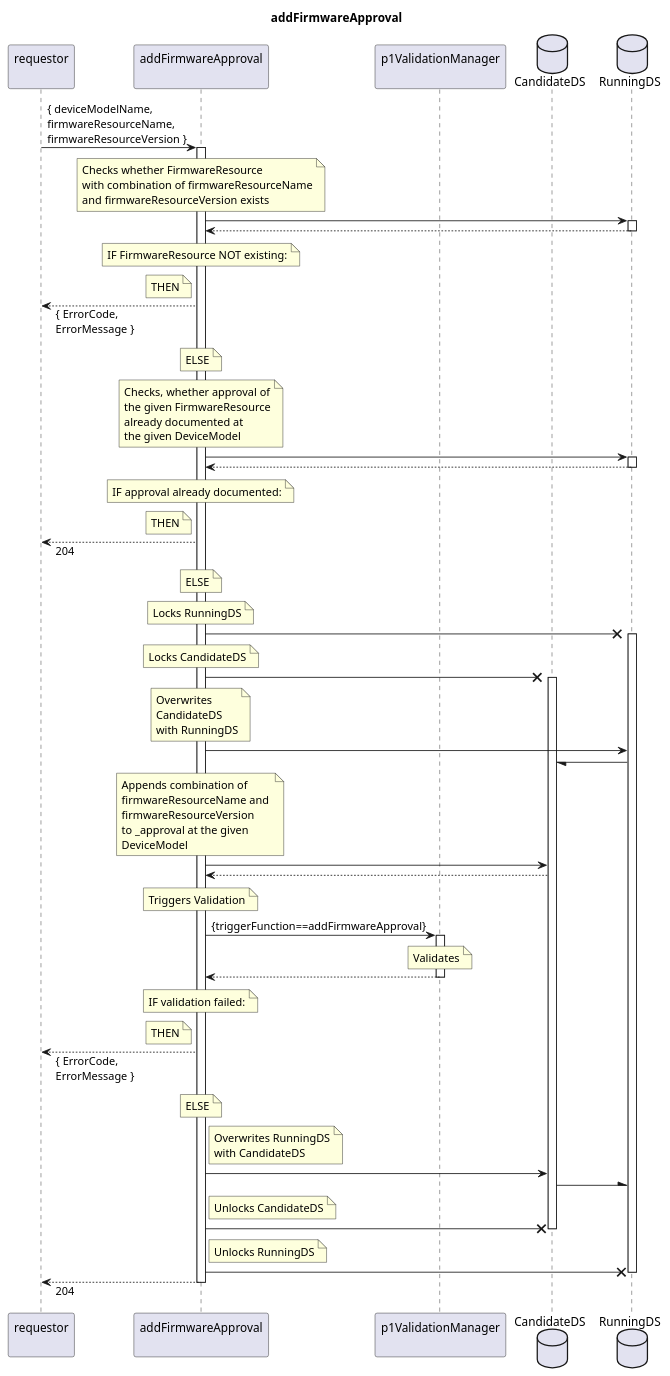
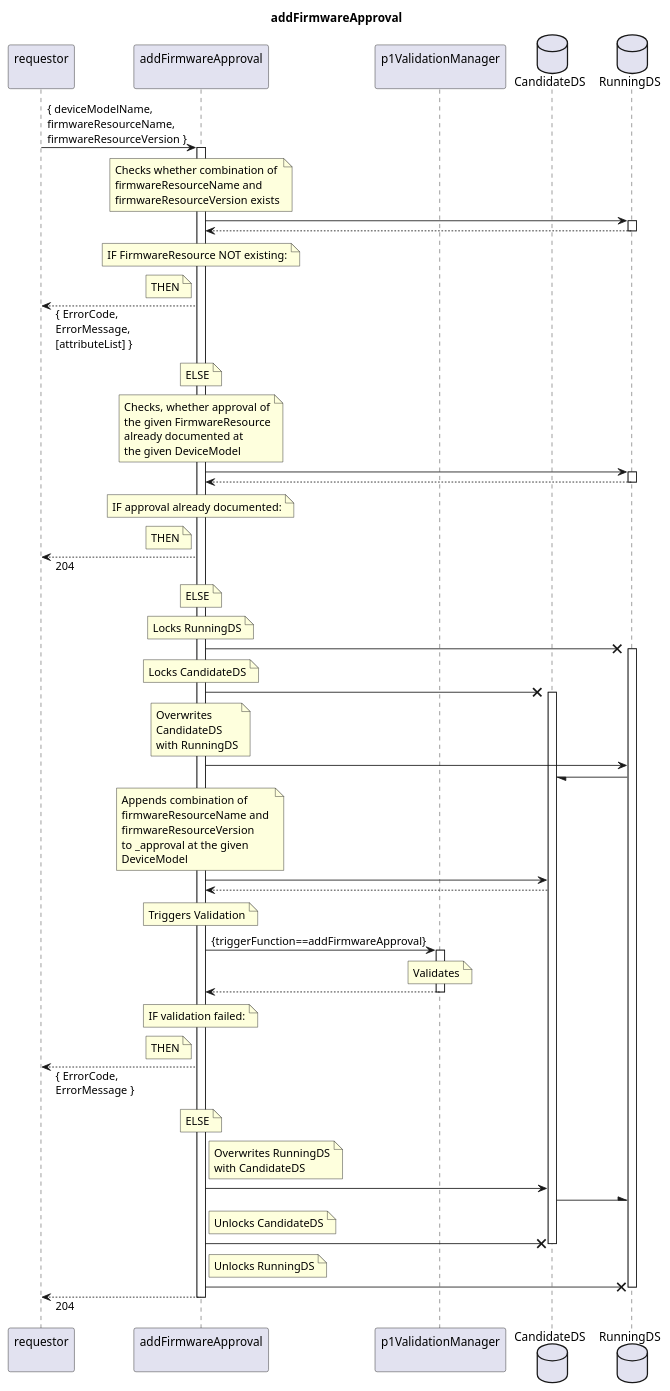
Before and after one commit to openBackhaul/FirmWareManager: the diagram in spec/Services/addFirmwareApproval/1.0.0/addFirmwareApproval.plantuml, drawn with PlantUML. The commit also changed 19 other files, not shown here.

```diff
--- a/spec/Services/addFirmwareApproval/1.0.0/addFirmwareApproval.plantuml
+++ b/spec/Services/addFirmwareApproval/1.0.0/addFirmwareApproval.plantuml
@@ -1,128 +1,128 @@
 @startuml addFirmwareApproval
 skinparam responseMessageBelowArrow true
 
 title
   addFirmwareApproval
 end title
 
 participant "requestor\n" as requestor
 participant "addFirmwareApproval\n" as addApprov
 participant "p1ValidationManager\n" as valiMan
 database "CandidateDS" as CanDS
 database "RunningDS" as RunDS
 
 requestor -> addApprov: { deviceModelName,\nfirmwareResourceName,\nfirmwareResourceVersion }
 activate addApprov
 
   note over addApprov
-    Checks whether FirmwareResource 
-    with combination of firmwareResourceName
-    and firmwareResourceVersion exists
+    Checks whether combination of
+    firmwareResourceName and
+    firmwareResourceVersion exists
   end note
   addApprov -> RunDS
   activate RunDS
   addApprov <-- RunDS
   deactivate RunDS
   note over addApprov
     IF FirmwareResource NOT existing:
   end note
   note left addApprov
     THEN
   end note
-  requestor <-- addApprov: { ErrorCode,\nErrorMessage }
+  requestor <-- addApprov: { ErrorCode,\nErrorMessage,\n[attributeList] }
   note over addApprov
     ELSE
   end note
 
   note over addApprov
     Checks, whether approval of
     the given FirmwareResource
     already documented at 
     the given DeviceModel
   end note
   addApprov -> RunDS
   activate RunDS
   addApprov <-- RunDS
   deactivate RunDS
   note over addApprov
     IF approval already documented:
   end note
   note left addApprov
     THEN
   end note
   requestor <-- addApprov: 204
   note over addApprov
     ELSE
   end note
 
   note over addApprov
     Locks RunningDS
   end note
   addApprov -X RunDS
   activate RunDS
   note over addApprov
     Locks CandidateDS
   end note
   addApprov -X CanDS
   activate CanDS
   note over addApprov
     Overwrites
     CandidateDS
     with RunningDS
   end note
   addApprov -> RunDS
   RunDS -/ CanDS
 
   note over addApprov
     Appends combination of 
     firmwareResourceName and 
     firmwareResourceVersion 
     to _approval at the given
     DeviceModel
   end note
   addApprov -> CanDS
   addApprov <-- CanDS
 
   note over addApprov
     Triggers Validation
   end note
   addApprov -> valiMan: {triggerFunction==addFirmwareApproval}
   activate valiMan
     note over valiMan
       Validates
     end note
   addApprov <-- valiMan
   deactivate valiMan
   note over addApprov
     IF validation failed:
   end note
   note left addApprov
     THEN
   end note
   requestor <-- addApprov: { ErrorCode,\nErrorMessage }
   note over addApprov
     ELSE
   end note
 
   note right addApprov
     Overwrites RunningDS
     with CandidateDS
   end note
   addApprov -> CanDS
   CanDS -\ RunDS
   note right addApprov
     Unlocks CandidateDS
   end note
   addApprov -X CanDS
   deactivate CanDS
   note right addApprov
     Unlocks RunningDS
   end note
   addApprov -X RunDS
   deactivate RunDS
 
   requestor <-- addApprov: 204
 
 deactivate addApprov
 
 @enduml
```
